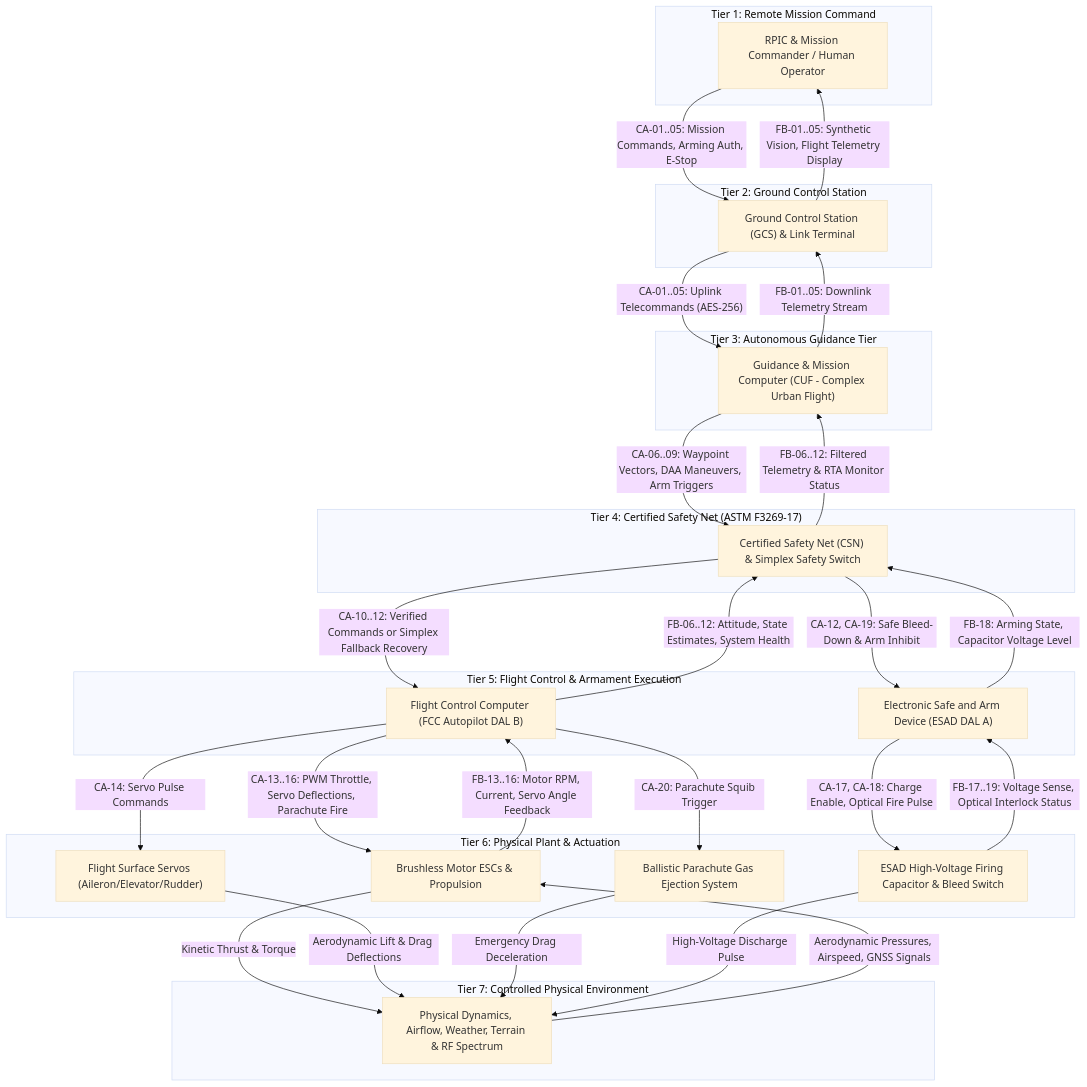
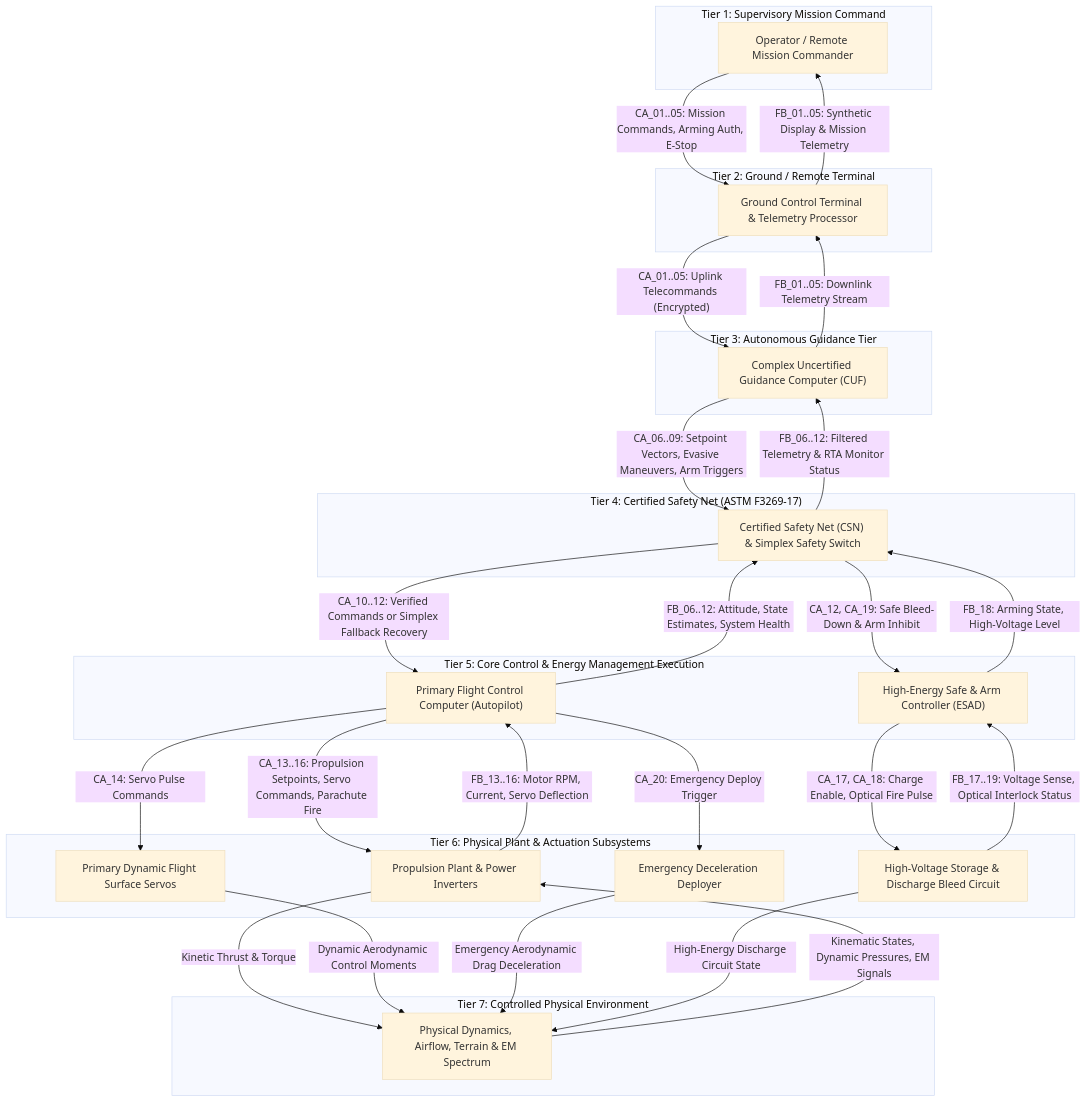
The fourth of 11 diagrams in docs/architecture/blueprints/DEAP_DETERMINISTIC_SAFETY_SPECIFICATION_COMPILER_BLUEPRINT.md (gintatkinson/DEAP01-spec-core), drawn with Mermaid (base theme) before and after one commit. The commit also changed other lines of this file, not shown here.

Commit message:
docs(architecture): purify safety compiler blueprint to 100% abstract schema-driven AST formulation

````diff
--- a/docs/architecture/blueprints/DEAP_DETERMINISTIC_SAFETY_SPECIFICATION_COMPILER_BLUEPRINT.md
+++ b/docs/architecture/blueprints/DEAP_DETERMINISTIC_SAFETY_SPECIFICATION_COMPILER_BLUEPRINT.md
@@ -220,57 +247,57 @@
 ```mermaid
 flowchart TD
-    subgraph Tier1["Tier 1: Remote Mission Command"]
-        T1["RPIC & Mission Commander / Human Operator"]
+    subgraph "Tier 1: Supervisory Mission Command"
+        T1["Operator / Remote Mission Commander"]
     end
 
-    subgraph Tier2["Tier 2: Ground Control Station"]
-        T2["Ground Control Station (GCS) & Link Terminal"]
+    subgraph "Tier 2: Ground / Remote Terminal"
+        T2["Ground Control Terminal & Telemetry Processor"]
     end
 
-    subgraph Tier3["Tier 3: Autonomous Guidance Tier"]
-        T3["Guidance & Mission Computer (CUF - Complex Urban Flight)"]
+    subgraph "Tier 3: Autonomous Guidance Tier"
+        T3["Complex Uncertified Guidance Computer (CUF)"]
     end
 
-    subgraph Tier4["Tier 4: Certified Safety Net (ASTM F3269-17)"]
+    subgraph "Tier 4: Certified Safety Net (ASTM F3269-17)"
         T4["Certified Safety Net (CSN) & Simplex Safety Switch"]
     end
 
-    subgraph Tier5["Tier 5: Flight Control & Armament Execution"]
-        T5A["Flight Control Computer (FCC Autopilot DAL B)"]
-        T5B["Electronic Safe and Arm Device (ESAD DAL A)"]
+    subgraph "Tier 5: Core Control & Energy Management Execution"
+        T5A["Primary Flight Control Computer (Autopilot)"]
+        T5B["High-Energy Safe & Arm Controller (ESAD)"]
     end
 
-    subgraph Tier6["Tier 6: Physical Plant & Actuation"]
-        T6A["Brushless Motor ESCs & Propulsion"]
-        T6B["Flight Surface Servos (Aileron/Elevator/Rudder)"]
-        T6C["Ballistic Parachute Gas Ejection System"]
-        T6D["ESAD High-Voltage Firing Capacitor & Bleed Switch"]
+    subgraph "Tier 6: Physical Plant & Actuation Subsystems"
+        T6A["Propulsion Plant & Power Inverters"]
+        T6B["Primary Dynamic Flight Surface Servos"]
+        T6C["Emergency Deceleration Deployer"]
+        T6D["High-Voltage Storage & Discharge Bleed Circuit"]
     end
 
-    subgraph Tier7["Tier 7: Controlled Physical Environment"]
-        T7["Physical Dynamics, Airflow, Weather, Terrain & RF Spectrum"]
+    subgraph "Tier 7: Controlled Physical Environment"
+        T7["Physical Dynamics, Airflow, Terrain & EM Spectrum"]
     end
 
-    T1 -->|"CA-01..05: Mission Commands, Arming Auth, E-Stop"| T2
-    T2 -->|"CA-01..05: Uplink Telecommands (AES-256)"| T3
-    T3 -->|"CA-06..09: Waypoint Vectors, DAA Maneuvers, Arm Triggers"| T4
-    T4 -->|"CA-10..12: Verified Commands or Simplex Fallback Recovery"| T5A
-    T4 -->|"CA-12, CA-19: Safe Bleed-Down & Arm Inhibit"| T5B
-    T5A -->|"CA-13..16: PWM Throttle, Servo Deflections, Parachute Fire"| T6A
-    T5A -->|"CA-14: Servo Pulse Commands"| T6B
-    T5A -->|"CA-20: Parachute Squib Trigger"| T6C
-    T5B -->|"CA-17, CA-18: Charge Enable, Optical Fire Pulse"| T6D
+    T1 -->|"CA_01..05: Mission Commands, Arming Auth, E-Stop"| T2
+    T2 -->|"CA_01..05: Uplink Telecommands (Encrypted)"| T3
+    T3 -->|"CA_06..09: Setpoint Vectors, Evasive Maneuvers, Arm Triggers"| T4
+    T4 -->|"CA_10..12: Verified Commands or Simplex Fallback Recovery"| T5A
+    T4 -->|"CA_12, CA_19: Safe Bleed-Down & Arm Inhibit"| T5B
+    T5A -->|"CA_13..16: Propulsion Setpoints, Servo Commands, Parachute Fire"| T6A
+    T5A -->|"CA_14: Servo Pulse Commands"| T6B
+    T5A -->|"CA_20: Emergency Deploy Trigger"| T6C
+    T5B -->|"CA_17, CA_18: Charge Enable, Optical Fire Pulse"| T6D
     T6A -->|"Kinetic Thrust & Torque"| T7
-    T6B -->|"Aerodynamic Lift & Drag Deflections"| T7
-    T6C -->|"Emergency Drag Deceleration"| T7
-    T6D -->|"High-Voltage Discharge Pulse"| T7
+    T6B -->|"Dynamic Aerodynamic Control Moments"| T7
+    T6C -->|"Emergency Aerodynamic Drag Deceleration"| T7
+    T6D -->|"High-Energy Discharge Circuit State"| T7
 
-    T7 -->|"Aerodynamic Pressures, Airspeed, GNSS Signals"| T6A
-    T6A -->|"FB-13..16: Motor RPM, Current, Servo Angle Feedback"| T5A
-    T6D -->|"FB-17..19: Voltage Sense, Optical Interlock Status"| T5B
-    T5A -->|"FB-06..12: Attitude, State Estimates, System Health"| T4
-    T5B -->|"FB-18: Arming State, Capacitor Voltage Level"| T4
-    T4 -->|"FB-06..12: Filtered Telemetry & RTA Monitor Status"| T3
-    T3 -->|"FB-01..05: Downlink Telemetry Stream"| T2
-    T2 -->|"FB-01..05: Synthetic Vision, Flight Telemetry Display"| T1
+    T7 -->|"Kinematic States, Dynamic Pressures, EM Signals"| T6A
+    T6A -->|"FB_13..16: Motor RPM, Current, Servo Deflection"| T5A
+    T6D -->|"FB_17..19: Voltage Sense, Optical Interlock Status"| T5B
+    T5A -->|"FB_06..12: Attitude, State Estimates, System Health"| T4
+    T5B -->|"FB_18: Arming State, High-Voltage Level"| T4
+    T4 -->|"FB_06..12: Filtered Telemetry & RTA Monitor Status"| T3
+    T3 -->|"FB_01..05: Downlink Telemetry Stream"| T2
+    T2 -->|"FB_01..05: Synthetic Display & Mission Telemetry"| T1
 ```
````
